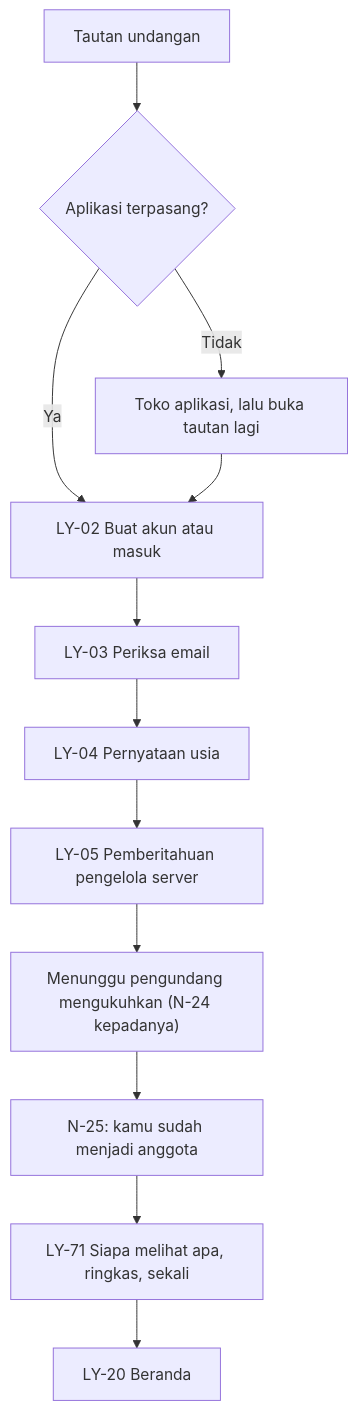
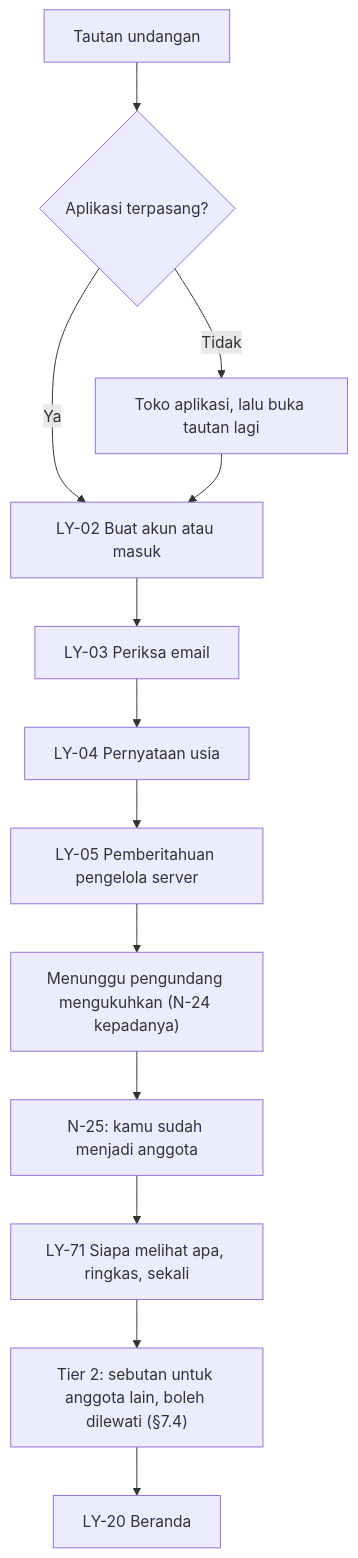
The third of 9 diagrams in docs/08-ux-ui-strategy.md (abiyanzimran/casa), drawn with Mermaid before and after one commit. The commit also changed other lines of this file and 46 other files, not shown here.

````diff
--- a/docs/08-ux-ui-strategy.md
+++ b/docs/08-ux-ui-strategy.md
@@ -380,14 +387,15 @@
 ```mermaid
 flowchart TD
     A[Tautan undangan] --> B{Aplikasi terpasang?}
     B -- Tidak --> C["Toko aplikasi, lalu buka tautan lagi"]
     B -- Ya --> D[LY-02 Buat akun atau masuk]
     C --> D
     D --> E[LY-03 Periksa email]
     E --> F[LY-04 Pernyataan usia]
     F --> G[LY-05 Pemberitahuan pengelola server]
     G --> H["Menunggu pengundang mengukuhkan (N-24 kepadanya)"]
     H --> I[N-25: kamu sudah menjadi anggota]
     I --> J["LY-71 Siapa melihat apa, ringkas, sekali"]
-    J --> K[LY-20 Beranda]
+    J --> S["Tier 2: sebutan untuk anggota lain, boleh dilewati (§7.4)"]
+    S --> K[LY-20 Beranda]
 ```
````
